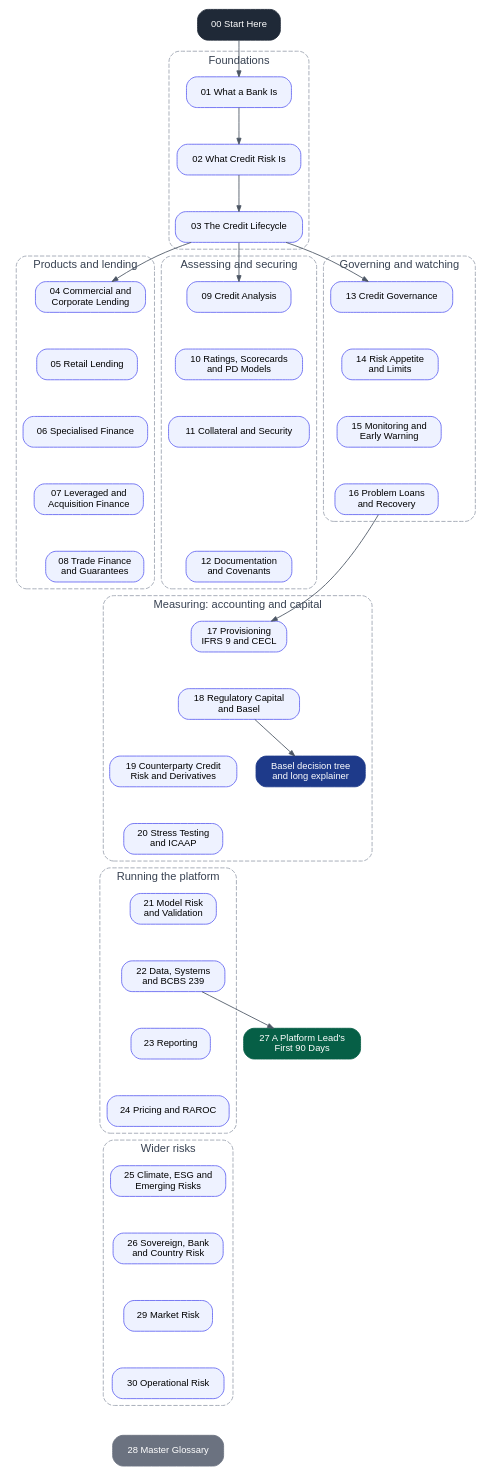
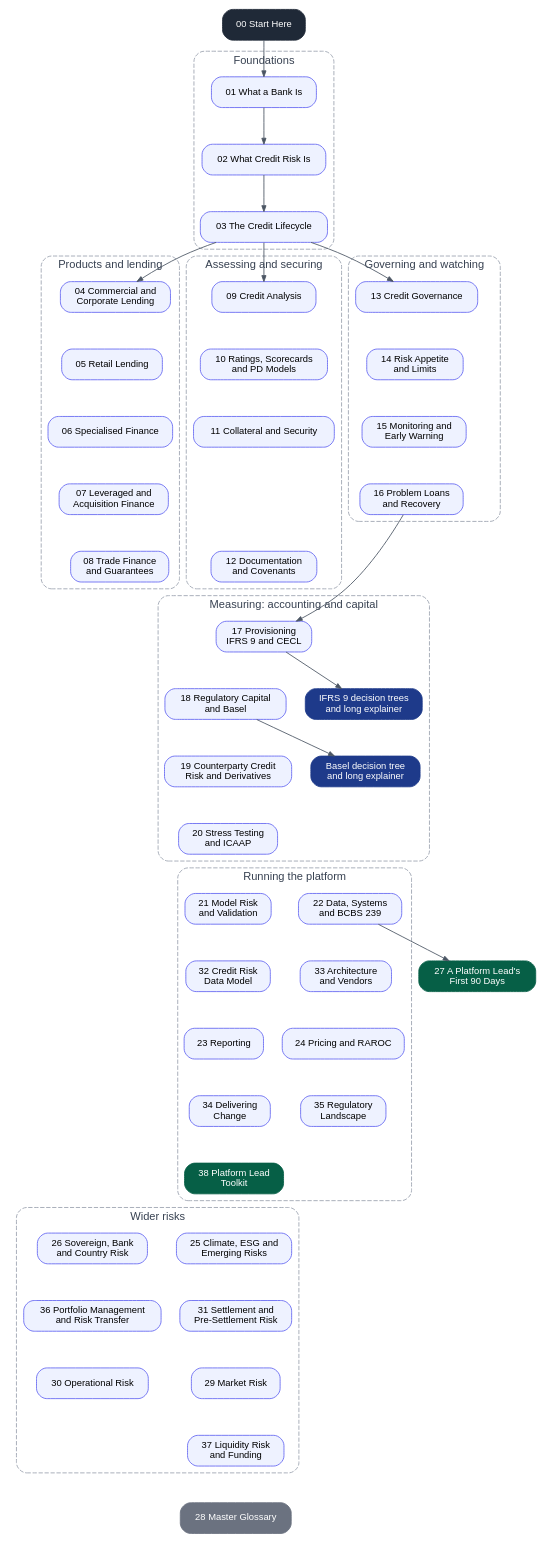
One commit to datamitguy/AI-explaiers changed the diagram in docs/credit-risk-bible/diagrams/00-vault-map.dot. Above: the diagram before and after it, drawn with Graphviz. The commit also changed 3 other files, not shown here.

```diff
--- a/docs/credit-risk-bible/diagrams/00-vault-map.dot
+++ b/docs/credit-risk-bible/diagrams/00-vault-map.dot
@@ -1,51 +1,55 @@
 digraph VaultMap {
   graph [rankdir=TB, splines=true, nodesep=0.3, ranksep=0.6, fontname="Helvetica", fontsize=13, bgcolor="white", newrank=true];
   node  [shape=box, style="rounded,filled", fillcolor="#eef2ff", color="#6366f1", fontname="Helvetica", fontsize=11, margin="0.15,0.08"];
   edge  [color="#4b5563", arrowsize=0.7];
 
   Start [label="00 Start Here", fillcolor="#1f2937", fontcolor="white", color="#1f2937"];
 
   subgraph cluster_a { label="Foundations"; style="rounded,dashed"; color="#9ca3af"; fontcolor="#374151";
     N01 [label="01 What a Bank Is"]; N02 [label="02 What Credit Risk Is"]; N03 [label="03 The Credit Lifecycle"];
   }
   subgraph cluster_b { label="Products and lending"; style="rounded,dashed"; color="#9ca3af"; fontcolor="#374151";
     N04 [label="04 Commercial and\nCorporate Lending"]; N05 [label="05 Retail Lending"];
     N06 [label="06 Specialised Finance"]; N07 [label="07 Leveraged and\nAcquisition Finance"]; N08 [label="08 Trade Finance\nand Guarantees"];
   }
   subgraph cluster_c { label="Assessing and securing"; style="rounded,dashed"; color="#9ca3af"; fontcolor="#374151";
     N09 [label="09 Credit Analysis"]; N10 [label="10 Ratings, Scorecards\nand PD Models"];
     N11 [label="11 Collateral and Security"]; N12 [label="12 Documentation\nand Covenants"];
   }
   subgraph cluster_d { label="Governing and watching"; style="rounded,dashed"; color="#9ca3af"; fontcolor="#374151";
     N13 [label="13 Credit Governance"]; N14 [label="14 Risk Appetite\nand Limits"];
     N15 [label="15 Monitoring and\nEarly Warning"]; N16 [label="16 Problem Loans\nand Recovery"];
   }
   subgraph cluster_e { label="Measuring: accounting and capital"; style="rounded,dashed"; color="#9ca3af"; fontcolor="#374151";
     N17 [label="17 Provisioning\nIFRS 9 and CECL"]; N18 [label="18 Regulatory Capital\nand Basel"];
     N19 [label="19 Counterparty Credit\nRisk and Derivatives"]; N20 [label="20 Stress Testing\nand ICAAP"];
     Basel [label="Basel decision tree\nand long explainer", fillcolor="#1e3a8a", fontcolor="white", color="#1e3a8a"];
+    IFRS [label="IFRS 9 decision trees\nand long explainer", fillcolor="#1e3a8a", fontcolor="white", color="#1e3a8a"];
   }
   subgraph cluster_f { label="Running the platform"; style="rounded,dashed"; color="#9ca3af"; fontcolor="#374151";
     N21 [label="21 Model Risk\nand Validation"]; N22 [label="22 Data, Systems\nand BCBS 239"];
     N23 [label="23 Reporting"]; N24 [label="24 Pricing and RAROC"];
+    N32 [label="32 Credit Risk\nData Model"]; N33 [label="33 Architecture\nand Vendors"]; N34 [label="34 Delivering\nChange"]; N35 [label="35 Regulatory\nLandscape"]; N38 [label="38 Platform Lead\nToolkit", fillcolor="#065f46", fontcolor="white", color="#065f46"];
   }
   subgraph cluster_g { label="Wider risks"; style="rounded,dashed"; color="#9ca3af"; fontcolor="#374151";
-    N25 [label="25 Climate, ESG and\nEmerging Risks"]; N26 [label="26 Sovereign, Bank\nand Country Risk"]; N29 [label="29 Market Risk"]; N30 [label="30 Operational Risk"];
+    N25 [label="25 Climate, ESG and\nEmerging Risks"]; N26 [label="26 Sovereign, Bank\nand Country Risk"]; N29 [label="29 Market Risk"]; N30 [label="30 Operational Risk"]; N31 [label="31 Settlement and\nPre-Settlement Risk"]; N36 [label="36 Portfolio Management\nand Risk Transfer"]; N37 [label="37 Liquidity Risk\nand Funding"];
   }
   N27 [label="27 A Platform Lead's\nFirst 90 Days", fillcolor="#065f46", fontcolor="white", color="#065f46"];
   N28 [label="28 Master Glossary", fillcolor="#6b7280", fontcolor="white", color="#6b7280"];
 
   Start -> N01 -> N02 -> N03;
   N03 -> N04; N03 -> N09; N03 -> N13;
   N04 -> N05 -> N06 -> N07 -> N08 [style=invis];
   N09 -> N10 -> N11 -> N12 [style=invis];
   N13 -> N14 -> N15 -> N16 [style=invis];
   N08 -> N17 [style=invis]; N12 -> N17 [style=invis]; N16 -> N17;
   N17 -> N18 -> N19 -> N20 [style=invis];
-  N18 -> Basel;
+  N18 -> Basel; N17 -> IFRS;
   N20 -> N21 [style=invis];
-  N21 -> N22 -> N23 -> N24 [style=invis];
-  N24 -> N25 -> N26 -> N29 -> N30 [style=invis];
+  {rank=same; N21; N22;} {rank=same; N32; N33;} {rank=same; N23; N24;} {rank=same; N34; N35;}
+  N21 -> N32 -> N23 -> N34 -> N38 [style=invis]; N22 -> N33 -> N24 -> N35 [style=invis];
+  {rank=same; N25; N26;} {rank=same; N31; N36;} {rank=same; N29; N30;}
+  N38 -> N25 -> N31 -> N29 -> N37 [style=invis]; N26 -> N36 -> N30 [style=invis];
   N22 -> N27;
-  N30 -> N28 [style=invis];
+  N37 -> N28 [style=invis];
 }
```
